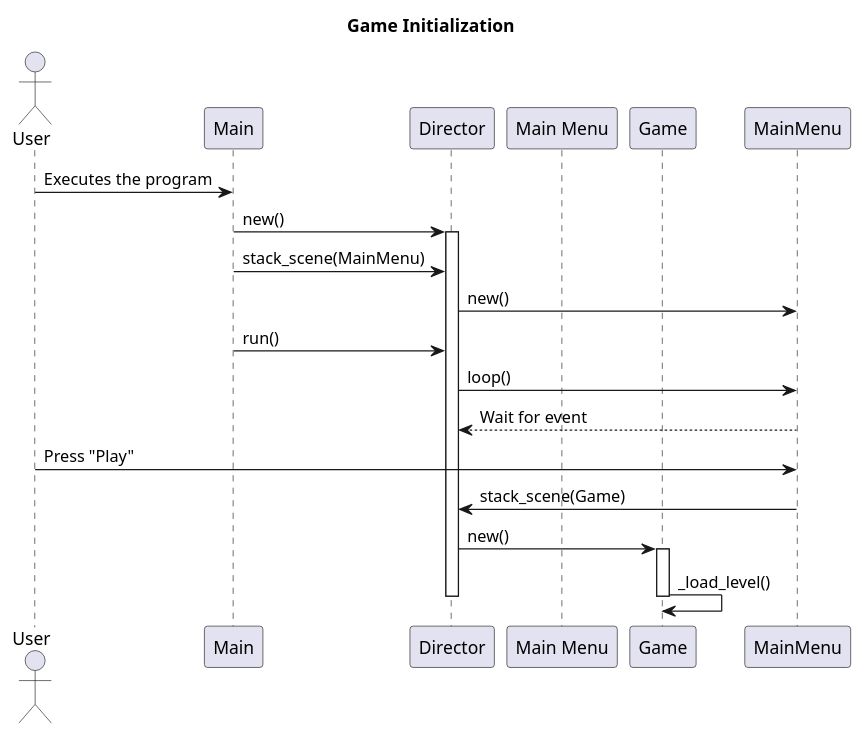
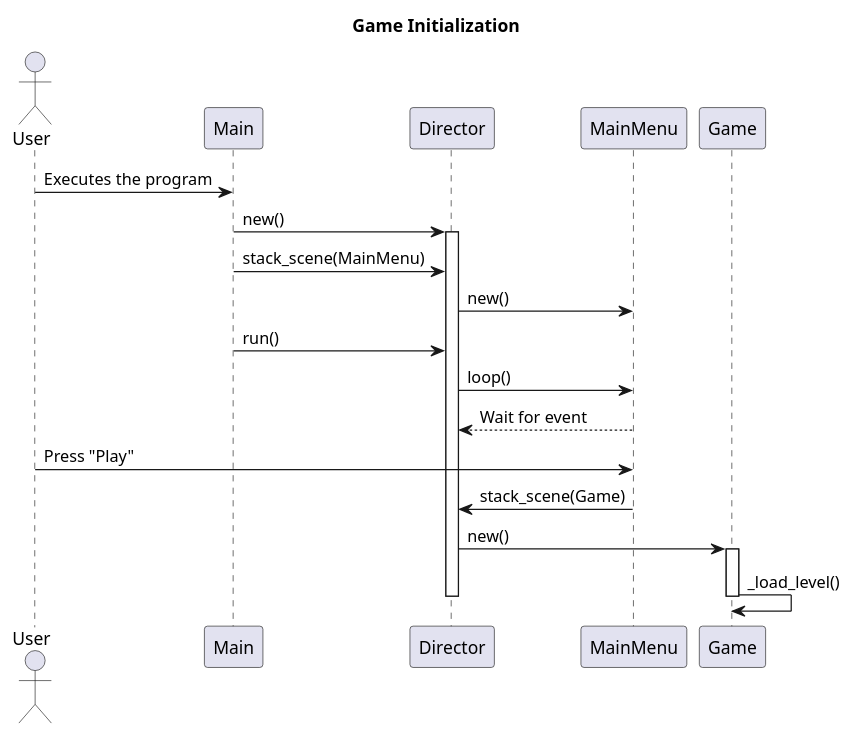
Before and after one commit to Tejon-Company/Tejon-Jumper: the diagram in docs/diagrams/game_initialization_sequence_diagram.pu, drawn with PlantUML.

Commit message:
Remove duplicates

```diff
--- a/docs/diagrams/game_initialization_sequence_diagram.pu
+++ b/docs/diagrams/game_initialization_sequence_diagram.pu
@@ -1,27 +1,27 @@
 @startuml Game Initialization
 
 title Game Initialization
 
 actor User
-participant "Main"
-participant "Director"
-participant "Main Menu"
-participant "Game"
+participant Main
+participant Director
+participant MainMenu
+participant Game
 
 User -> Main: Executes the program
 Main -> Director: new()
 activate Director
 Main -> Director: stack_scene(MainMenu)
 Director -> MainMenu: new()
 Main -> Director: run()
 Director -> MainMenu: loop()
 MainMenu --> Director: Wait for event
 User -> MainMenu: Press "Play"
 MainMenu -> Director: stack_scene(Game)
 Director -> Game: new()
 activate Game
 Game -> Game: _load_level()
 deactivate Game
 deactivate Director
 
 @enduml
```
